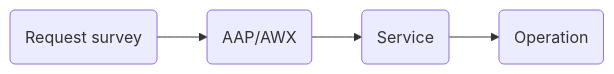
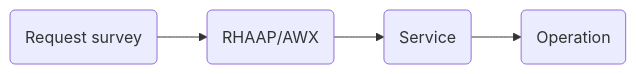
The diagram in docs/manual/service_catalog/service.md (HewlettPackard/squest), drawn with Mermaid before and after one commit. The commit also changed 16 other files, not shown here.

Commit message:
rename AAP --> RHAAP

````diff
--- a/docs/manual/service_catalog/service.md
+++ b/docs/manual/service_catalog/service.md
@@ -51,4 +51,4 @@
 ```mermaid
 flowchart LR
-    survey(Request survey) --> AAP/AWX(AAP/AWX) --> Service(Service)  --> Operation(Operation)
+    survey(Request survey) --> RHAAP/AWX(RHAAP/AWX) --> Service(Service)  --> Operation(Operation)
 ```
````
